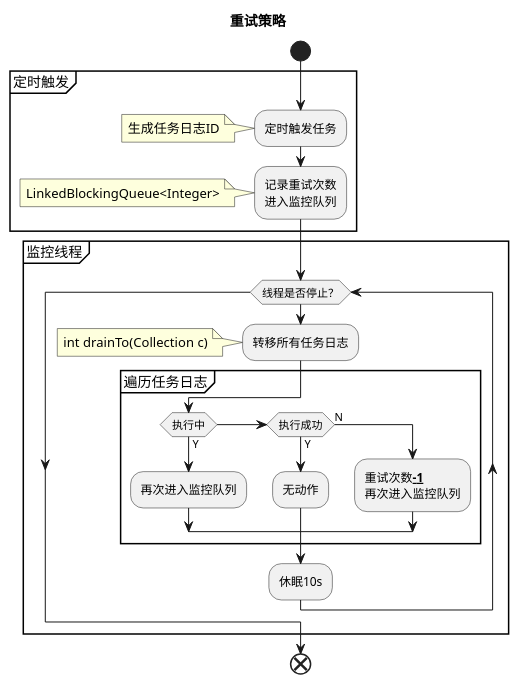
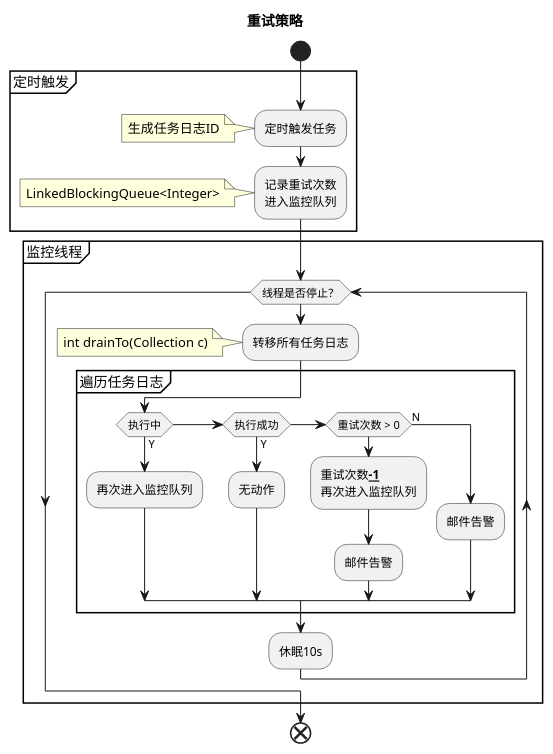
One commit to Sean-K-Wu/xxl-job changed the diagram in doc/uml/sequence/admin/retry.puml. Above: the diagram before and after it, drawn with PlantUML. The commit also changed 4 other files, not shown here.

```diff
--- a/doc/uml/sequence/admin/retry.puml
+++ b/doc/uml/sequence/admin/retry.puml
@@ -1,36 +1,39 @@
 @startuml
 title 重试策略
 
 start
 partition 定时触发 {
     :定时触发任务;
     note left
         生成任务日志ID
     end note
     :记录重试次数\n进入监控队列;
     note left
         LinkedBlockingQueue<Integer>
     end note
 }
 
 partition 监控线程 {
     while (线程是否停止？)
         :转移所有任务日志;
         note left
             int drainTo(Collection c)
         end note
         partition 遍历任务日志 {
             if (执行中) then (Y)
               :再次进入监控队列;
             elseif (执行成功) then (Y)
               :无动作;
+            elseif (重试次数 > 0)
+                :重试次数__**-1**__\n再次进入监控队列;
+                :邮件告警;
             else (N)
-              :重试次数__**-1**__\n再次进入监控队列;
+                :邮件告警;
             endif
         }
         :休眠10s;
     endwhile;
 }
 
 end
 @enduml
```
